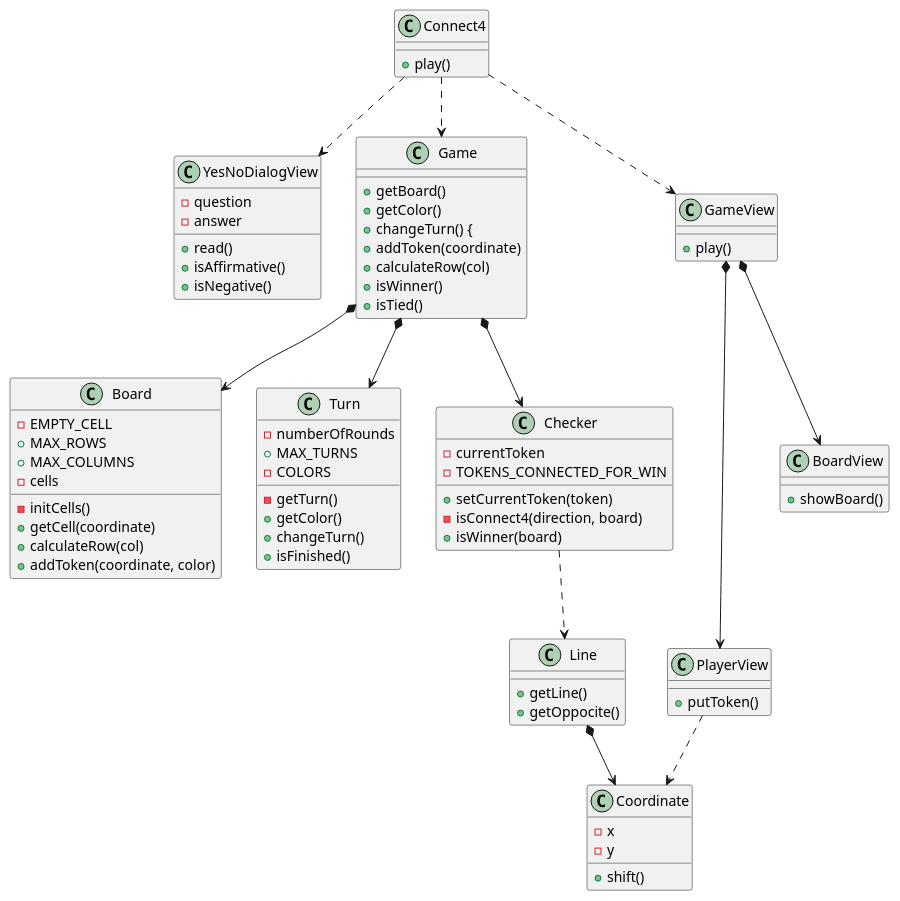
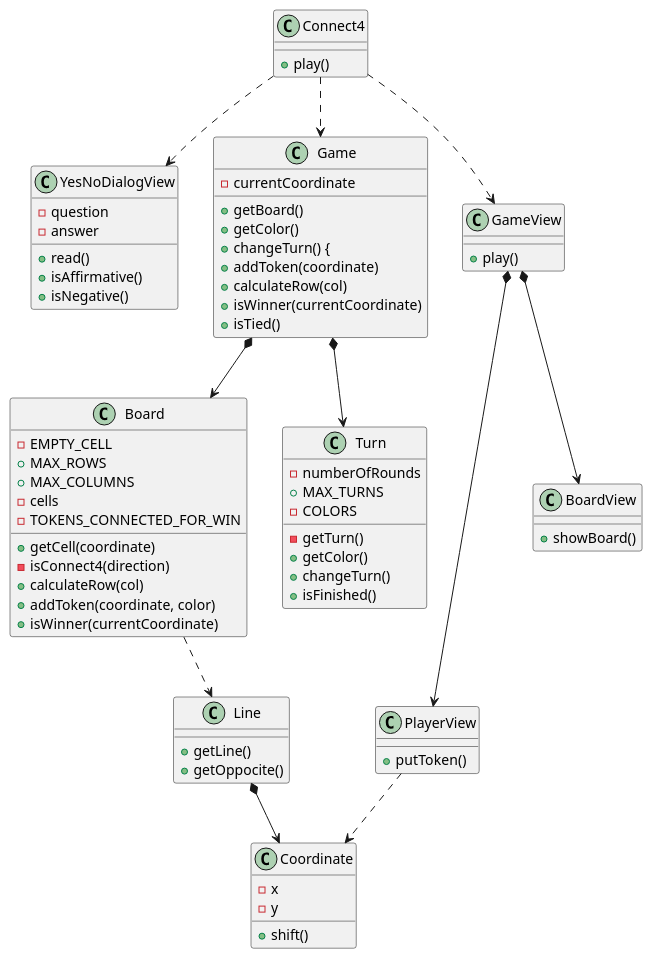
One commit to Edmundo-Ogaz/connect4 changed the diagram in con-vistas-separadas/v3/diagramClass.plantuml. Above: the diagram before and after it, drawn with PlantUML. The commit also changed 1 other file, not shown here.

```diff
--- a/con-vistas-separadas/v3/diagramClass.plantuml
+++ b/con-vistas-separadas/v3/diagramClass.plantuml
@@ -1,65 +1,61 @@
 @startuml
 Connect4 ..> YesNoDialogView
 Connect4 ..> Game
 Connect4 ..> GameView
 Connect4 : + play()
 
 YesNoDialogView : - question
 YesNoDialogView : - answer
 YesNoDialogView : + read()
 YesNoDialogView : + isAffirmative()
 YesNoDialogView : + isNegative()
 
 GameView : + play()
 GameView *--> PlayerView
 GameView *--> BoardView
 
 PlayerView : + putToken()
 PlayerView ..> Coordinate
 
 BoardView : + showBoard()
 
+Game : - currentCoordinate
 Game *--> Board
 Game *--> Turn
-Game *--> Checker
 Game : + getBoard()
 Game : + getColor()
 Game : + changeTurn() {
 Game : + addToken(coordinate)
 Game : + calculateRow(col)
-Game : + isWinner()
+Game : + isWinner(currentCoordinate)
 Game : + isTied()
 
+Board ..> Line
 Board : - EMPTY_CELL
 Board : + MAX_ROWS
 Board : + MAX_COLUMNS
-Board : - cells 
-Board : - initCells()   
+Board : - cells
+Board : - TOKENS_CONNECTED_FOR_WIN
 Board : + getCell(coordinate)
+Board : - isConnect4(direction)
 Board : + calculateRow(col)
 Board : + addToken(coordinate, color)
+Board : + isWinner(currentCoordinate)
 
 Turn : - numberOfRounds
 Turn : + MAX_TURNS
 Turn : - COLORS
 Turn : - getTurn()
 Turn : + getColor()
 Turn : + changeTurn()
 Turn : + isFinished()
-
-Checker : - currentToken
-Checker : - TOKENS_CONNECTED_FOR_WIN
-Checker : + setCurrentToken(token)
-Checker : - isConnect4(direction, board)
-Checker : + isWinner(board)
-Checker ..> Line
 
 Line *--> Coordinate
 Line : + getLine()
 Line : + getOppocite()
 
 Coordinate : - x
 Coordinate : - y
 Coordinate : + shift()
 
 @enduml
```
